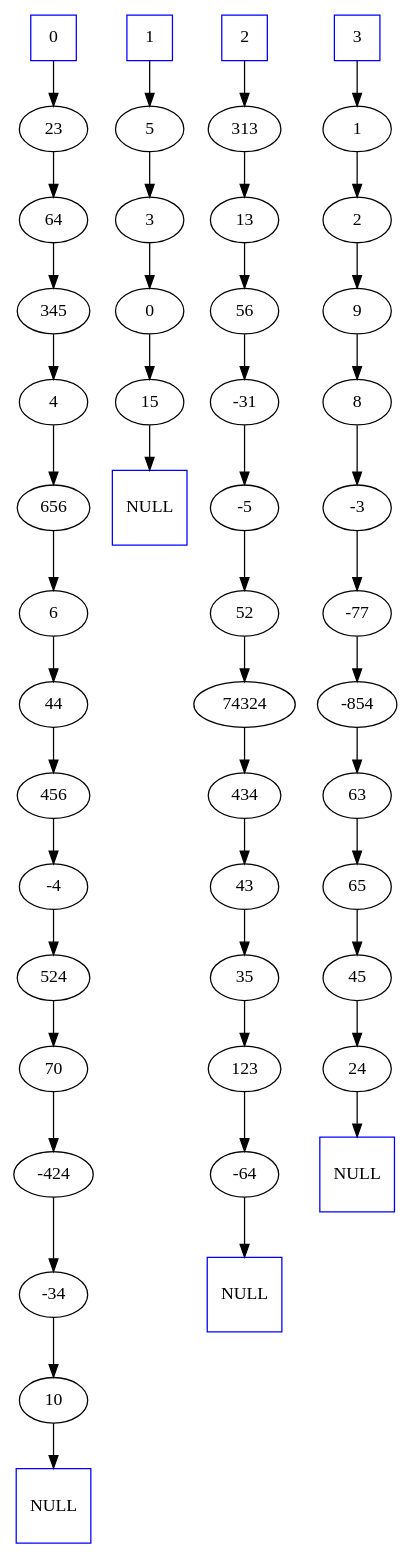
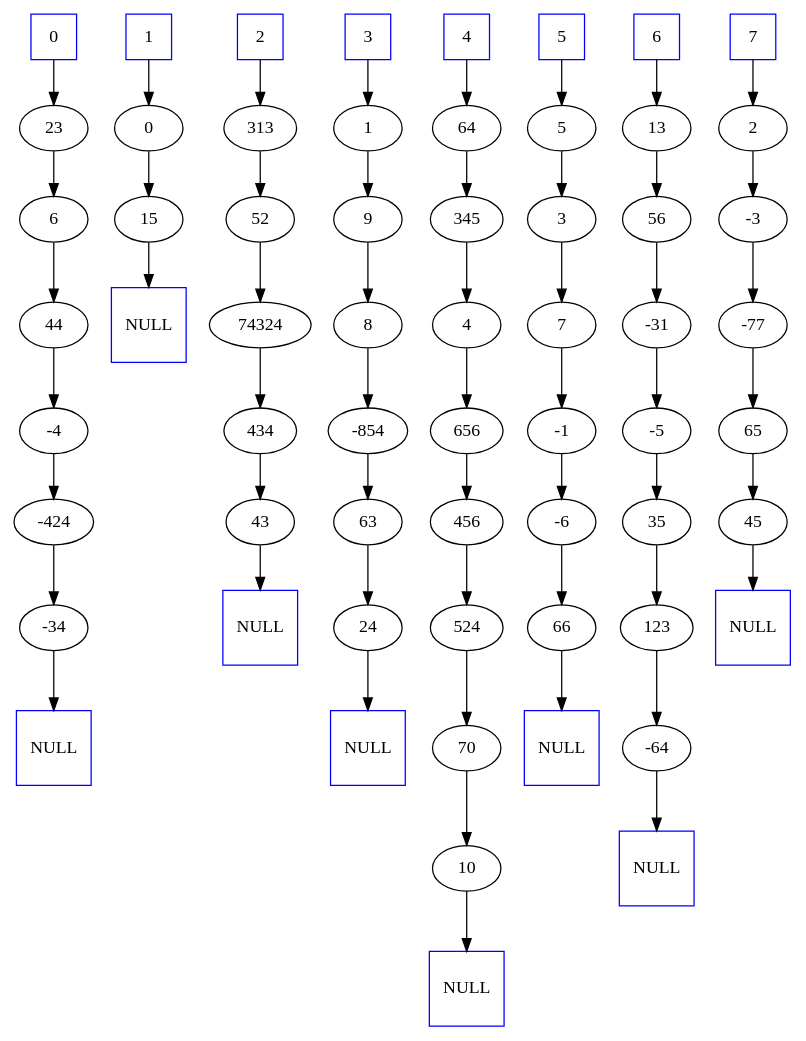
Before and after one commit to AndreevAA/BMSTU: the diagram in thirdSemestr/typesAndDataStructures/LR6/output.gv, drawn with Graphviz. The commit also changed 9 other files, not shown here.

```diff
--- a/thirdSemestr/typesAndDataStructures/LR6/output.gv
+++ b/thirdSemestr/typesAndDataStructures/LR6/output.gv
@@ -1,15 +1,27 @@
 digraph TREE {
 rankdir="UD";
 T0[label=0,shape=square,color=blue];
 L0[label=NULL,shape=square,color=blue];
-T0 -> 23 -> 64 -> 345 -> 4 -> 656 -> 6 -> 44 -> 456 -> -4 -> 524 -> 70 -> -424 -> -34 -> 10 -> L0;
+T0 -> 23 -> 6 -> 44 -> -4 -> -424 -> -34 -> L0;
 T1[label=1,shape=square,color=blue];
 L1[label=NULL,shape=square,color=blue];
-T1 -> 5 -> 3 -> 0 -> 15 -> L1;
+T1 -> 0 -> 15 -> L1;
 T2[label=2,shape=square,color=blue];
 L2[label=NULL,shape=square,color=blue];
-T2 -> 313 -> 13 -> 56 -> -31 -> -5 -> 52 -> 74324 -> 434 -> 43 -> 35 -> 123 -> -64 -> L2;
+T2 -> 313 -> 52 -> 74324 -> 434 -> 43 -> L2;
 T3[label=3,shape=square,color=blue];
 L3[label=NULL,shape=square,color=blue];
-T3 -> 1 -> 2 -> 9 -> 8 -> -3 -> -77 -> -854 -> 63 -> 65 -> 45 -> 24 -> L3;
+T3 -> 1 -> 9 -> 8 -> -854 -> 63 -> 24 -> L3;
+T4[label=4,shape=square,color=blue];
+L4[label=NULL,shape=square,color=blue];
+T4 -> 64 -> 345 -> 4 -> 656 -> 456 -> 524 -> 70 -> 10 -> L4;
+T5[label=5,shape=square,color=blue];
+L5[label=NULL,shape=square,color=blue];
+T5 -> 5 -> 3 -> 7 -> -1 -> -6 -> 66 -> L5;
+T6[label=6,shape=square,color=blue];
+L6[label=NULL,shape=square,color=blue];
+T6 -> 13 -> 56 -> -31 -> -5 -> 35 -> 123 -> -64 -> L6;
+T7[label=7,shape=square,color=blue];
+L7[label=NULL,shape=square,color=blue];
+T7 -> 2 -> -3 -> -77 -> 65 -> 45 -> L7;
 }
```
